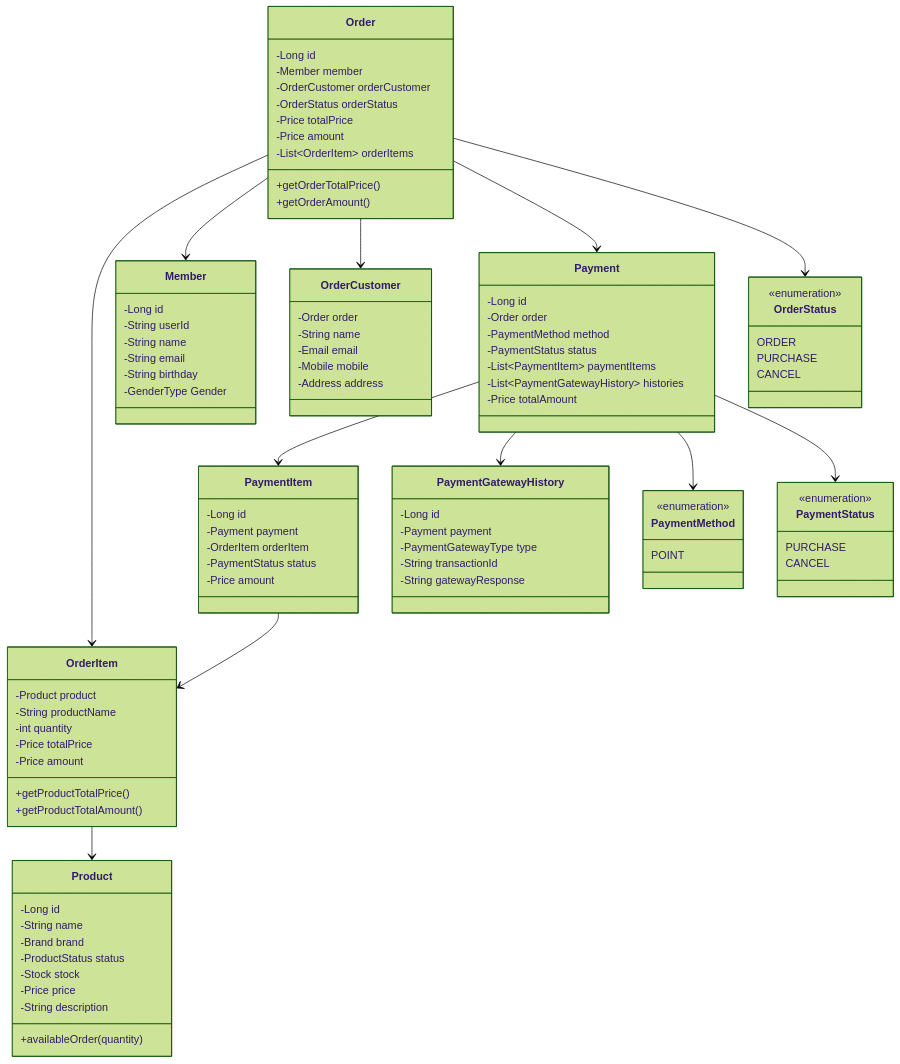
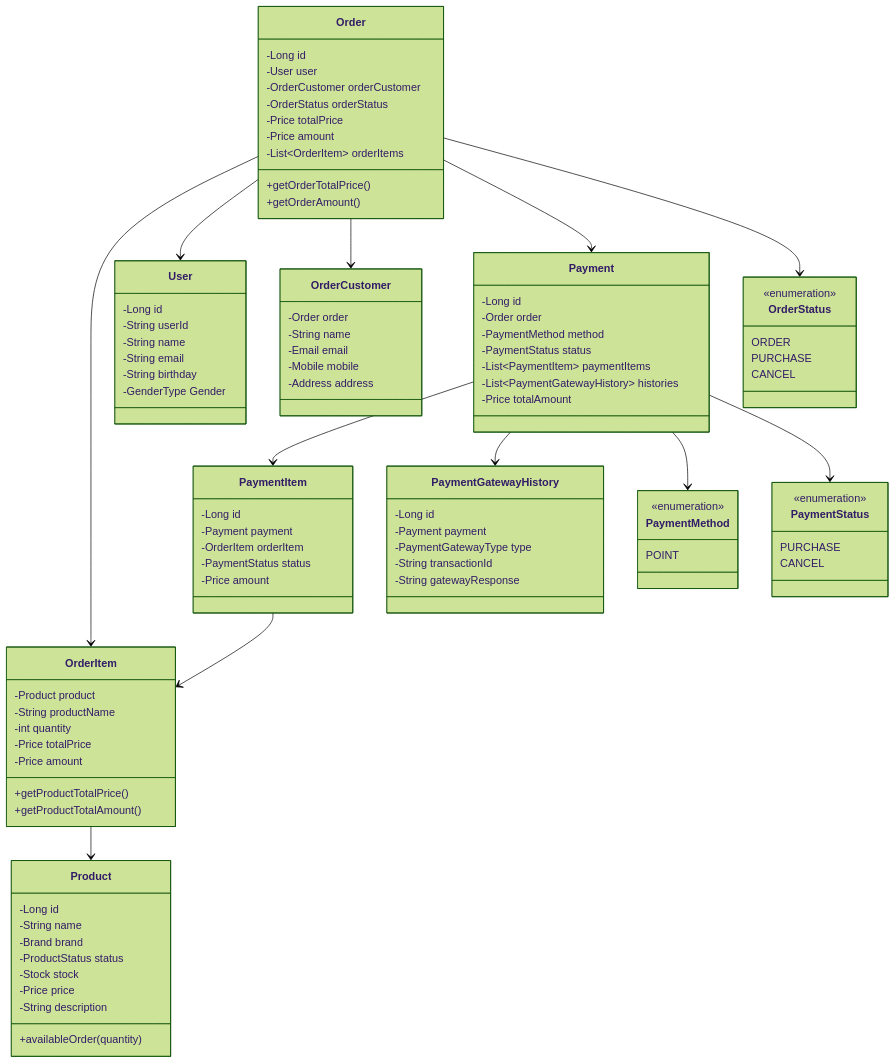
Before and after one commit to kiekk/gamsung-commerce: the second of 3 diagrams in docs/design/03-class-diagrams.md, drawn with Mermaid (forest theme). The commit also changed other lines of this file, not shown here.

Commit message:
fix: Member -> User 클래스명 변경

```diff
--- a/docs/design/03-class-diagrams.md
+++ b/docs/design/03-class-diagrams.md
@@ -77,7 +77,7 @@
         +availableOrder(quantity)
     }
 %% 사용자
-    class Member {
+    class User {
         -Long id
         -String userId
         -String name
@@ -88,7 +88,7 @@
 %% 주문
     class Order {
         -Long id
-        -Member member
+        -User user
         -OrderCustomer orderCustomer
         -OrderStatus orderStatus
         -Price totalPrice
@@ -162,7 +162,7 @@
 
     Order --> OrderItem
     OrderItem --> Product
-    Order --> Member
+    Order --> User
     Order --> OrderCustomer
     Order --> Payment
     Payment --> PaymentItem
```
